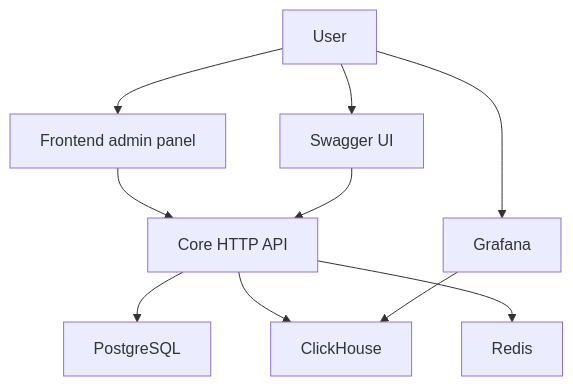
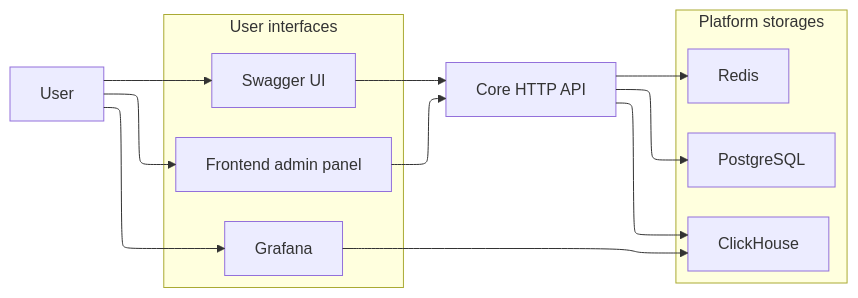
Before and after one commit to MTXIK/container-monitoring: diagram 16 of 24 in docs/uml-diagrams.md, drawn with Mermaid. The commit also changed other lines of this file, not shown here.

Commit message:
update diagrams

````diff
--- a/docs/uml-diagrams.md
+++ b/docs/uml-diagrams.md
@@ -476,21 +526,28 @@
 ```mermaid
-flowchart TB
+%%{init: {"flowchart": {"defaultRenderer": "elk"}} }%%
+flowchart LR
     User["User"]
-    Frontend["Frontend admin panel"]
+
+    subgraph UI["User interfaces"]
+        direction TB
+        Frontend["Frontend admin panel"]
+        Swagger["Swagger UI"]
+        Grafana["Grafana"]
+    end
+
     HTTP["Core HTTP API"]
-    Swagger["Swagger UI"]
-    Grafana["Grafana"]
-    PostgreSQL["PostgreSQL"]
-    ClickHouse["ClickHouse"]
-    Redis["Redis"]
 
-    User --> Frontend
-    User --> Swagger
-    User --> Grafana
-    Frontend --> HTTP
-    Swagger --> HTTP
+    subgraph Storage["Platform storages"]
+        direction TB
+        PostgreSQL["PostgreSQL"]
+        ClickHouse["ClickHouse"]
+        Redis["Redis"]
+    end
+
+    User --> Frontend --> HTTP
+    User --> Swagger --> HTTP
+    User --> Grafana --> ClickHouse
     HTTP --> PostgreSQL
     HTTP --> ClickHouse
     HTTP --> Redis
-    Grafana --> ClickHouse
 ```
````
